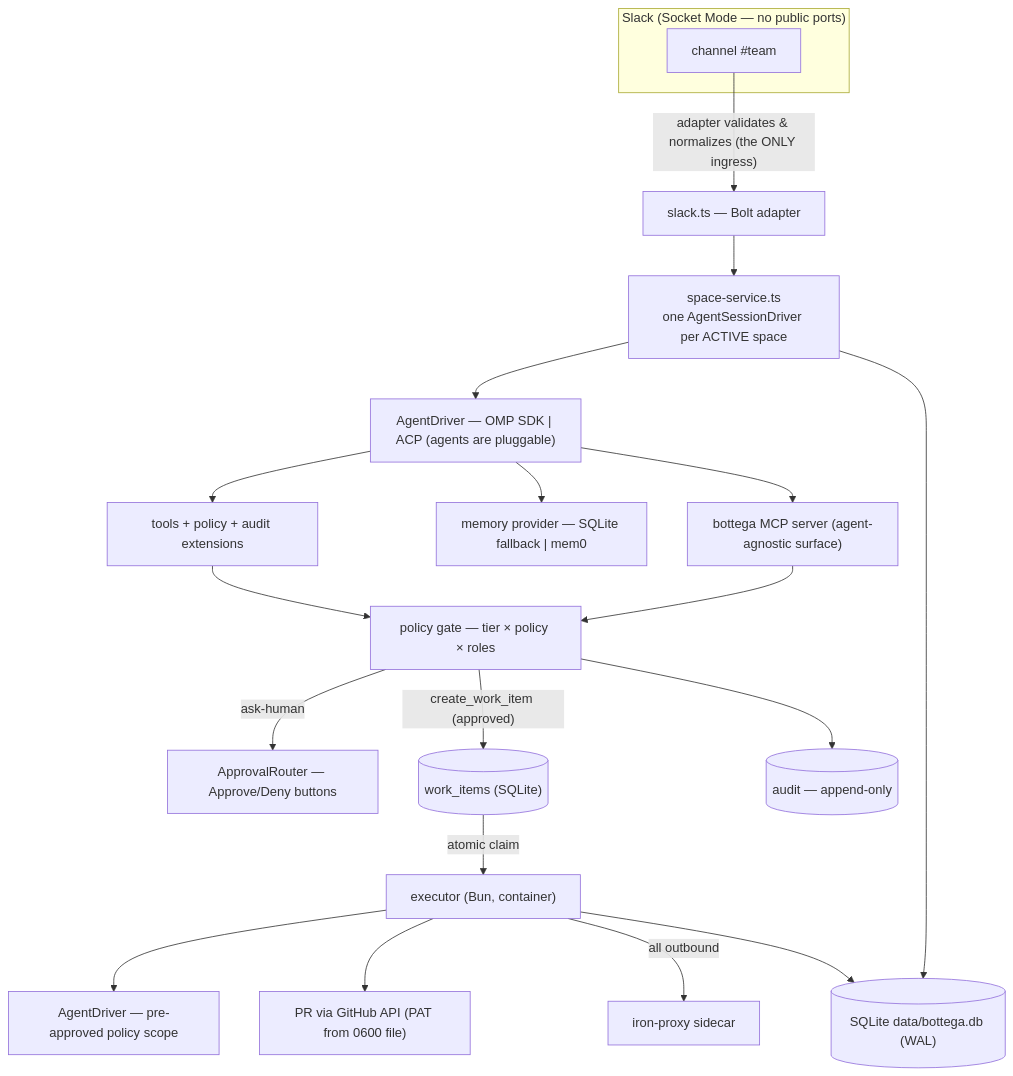
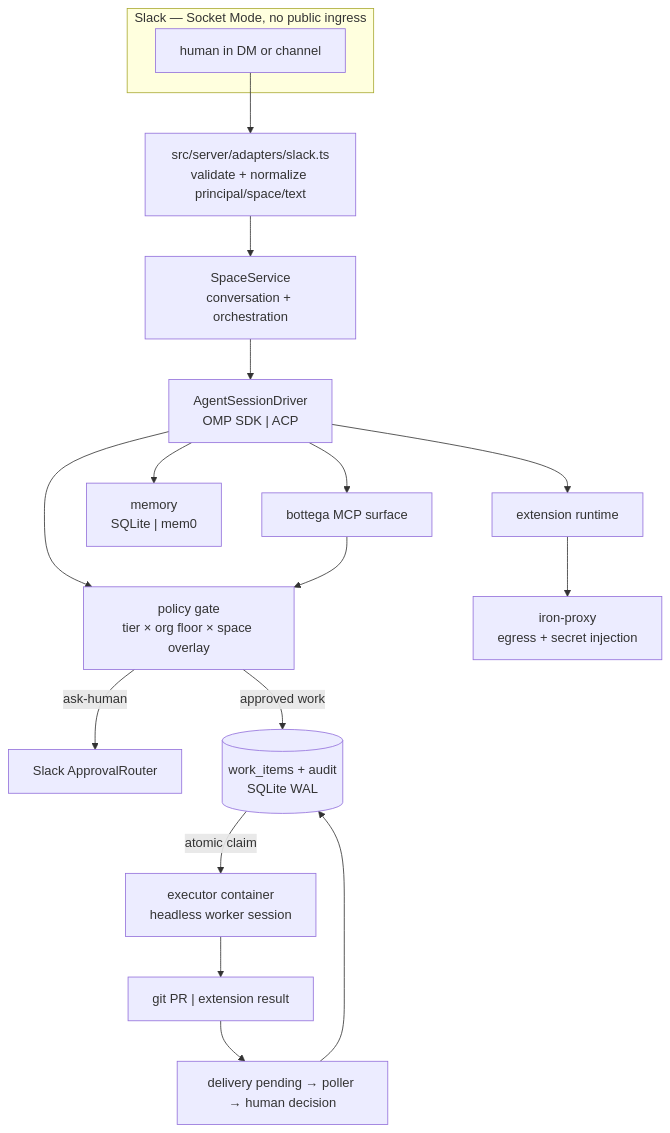
Before and after one commit to serrrfirat/bottega: the first of 15 diagrams in architecture.md, drawn with Mermaid. The commit also changed other lines of this file and 1 other file, not shown here.

Commit message:
docs: refreshed features + architecture for the #145–#196 wave, diagram-heavy

````diff
--- a/architecture.md
+++ b/architecture.md
@@ -24,23 +24,21 @@
 ```mermaid
 flowchart TB
-    subgraph Slack["Slack (Socket Mode — no public ports)"]
-        CH["channel #team"]
+    subgraph Slack["Slack — Socket Mode, no public ingress"]
+        H["human in DM or channel"]
     end
-    CH -- "adapter validates & normalizes (the ONLY ingress)" --> AD["slack.ts — Bolt adapter"]
-    AD --> SS["space-service.ts<br/>one AgentSessionDriver per ACTIVE space"]
-    SS --> DRV["AgentDriver — OMP SDK | ACP (agents are pluggable)"]
-    DRV --> TOOLS["tools + policy + audit extensions"]
-    TOOLS --> POL["policy gate — tier × policy × roles"]
-    POL -- "ask-human" --> AR["ApprovalRouter — Approve/Deny buttons"]
-    POL -- "create_work_item (approved)" --> WI[("work_items (SQLite)")]
-    WI -- "atomic claim" --> EX["executor (Bun, container)"]
-    EX --> EXDRV["AgentDriver — pre-approved policy scope"]
-    EX --> PR["PR via GitHub API (PAT from 0600 file)"]
-    EX -- "all outbound" --> PXY["iron-proxy sidecar"]
-    SS --> DB[("SQLite data/bottega.db (WAL)")]
-    EX --> DB
-    POL --> AUD[("audit — append-only")]
-    DRV --> MEM["memory provider — SQLite fallback | mem0"]
-    DRV --> MCP["bottega MCP server (agent-agnostic surface)"]
-    MCP --> POL
+    H --> AD["src/server/adapters/slack.ts<br/>validate + normalize principal/space/text"]
+    AD --> SS["SpaceService<br/>conversation + orchestration"]
+    SS --> DRV["AgentSessionDriver<br/>OMP SDK | ACP"]
+    DRV --> GATE["policy gate<br/>tier × org floor × space overlay"]
+    GATE -- "ask-human" --> AR["Slack ApprovalRouter"]
+    GATE -- "approved work" --> WI[("work_items + audit<br/>SQLite WAL")]
+    WI -- "atomic claim" --> EX["executor container<br/>headless worker session"]
+    EX --> OUT["git PR | extension result"]
+    OUT --> DP["delivery pending → poller → human decision"]
+    DP --> WI
+    DRV --> EXT["extension runtime"]
+    EXT --> PXY["iron-proxy<br/>egress + secret injection"]
+    DRV --> MEM["memory<br/>SQLite | mem0"]
+    DRV --> MCP["bottega MCP surface"]
+    MCP --> GATE
 ```
````
